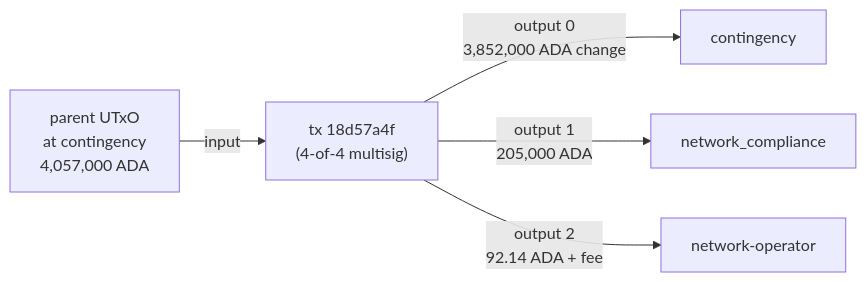
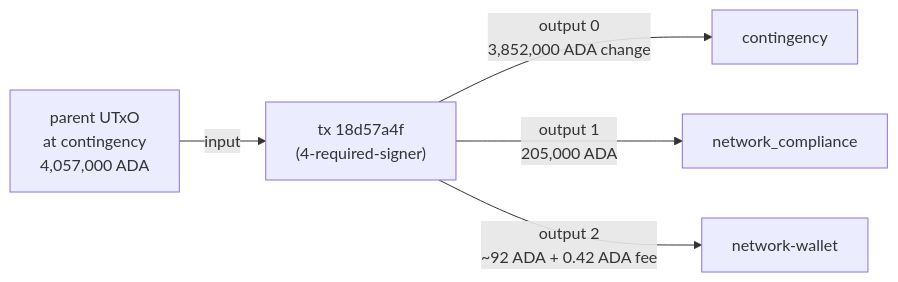
The diagram in docs/case-studies/2026-05-amaru-treasury/queries/q6-disbursement-detection.md (lambdasistemi/cardano-ledger-rdf), drawn with Mermaid before and after one commit. The commit also changed other lines of this file and 22 other files, not shown here.

````diff
--- a/docs/case-studies/2026-05-amaru-treasury/queries/q6-disbursement-detection.md
+++ b/docs/case-studies/2026-05-amaru-treasury/queries/q6-disbursement-detection.md
@@ -32,7 +52,7 @@
 ```mermaid
 flowchart LR
-  parentUtxo["parent UTxO<br/>at contingency<br/>4,057,000 ADA"] -->|input| tx["tx 18d57a4f<br/>(4-of-4 multisig)"]
+  parentUtxo["parent UTxO<br/>at contingency<br/>4,057,000 ADA"] -->|input| tx["tx 18d57a4f<br/>(4-required-signer)"]
   tx -->|output 0<br/>3,852,000 ADA change| cont["contingency"]
   tx -->|"output 1<br/>205,000 ADA"| netcomp["network_compliance"]
-  tx -->|"output 2<br/>92.14 ADA + fee"| netop["network-operator"]
+  tx -->|"output 2<br/>~92 ADA + 0.42 ADA fee"| netwallet["network-wallet"]
 ```
````
